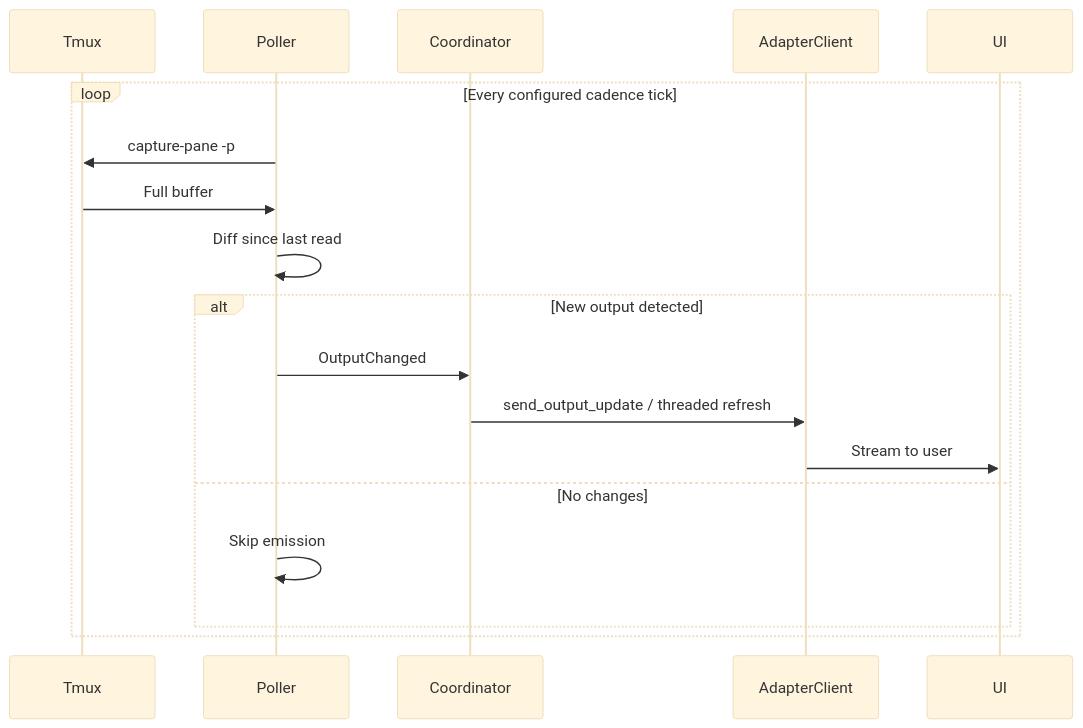
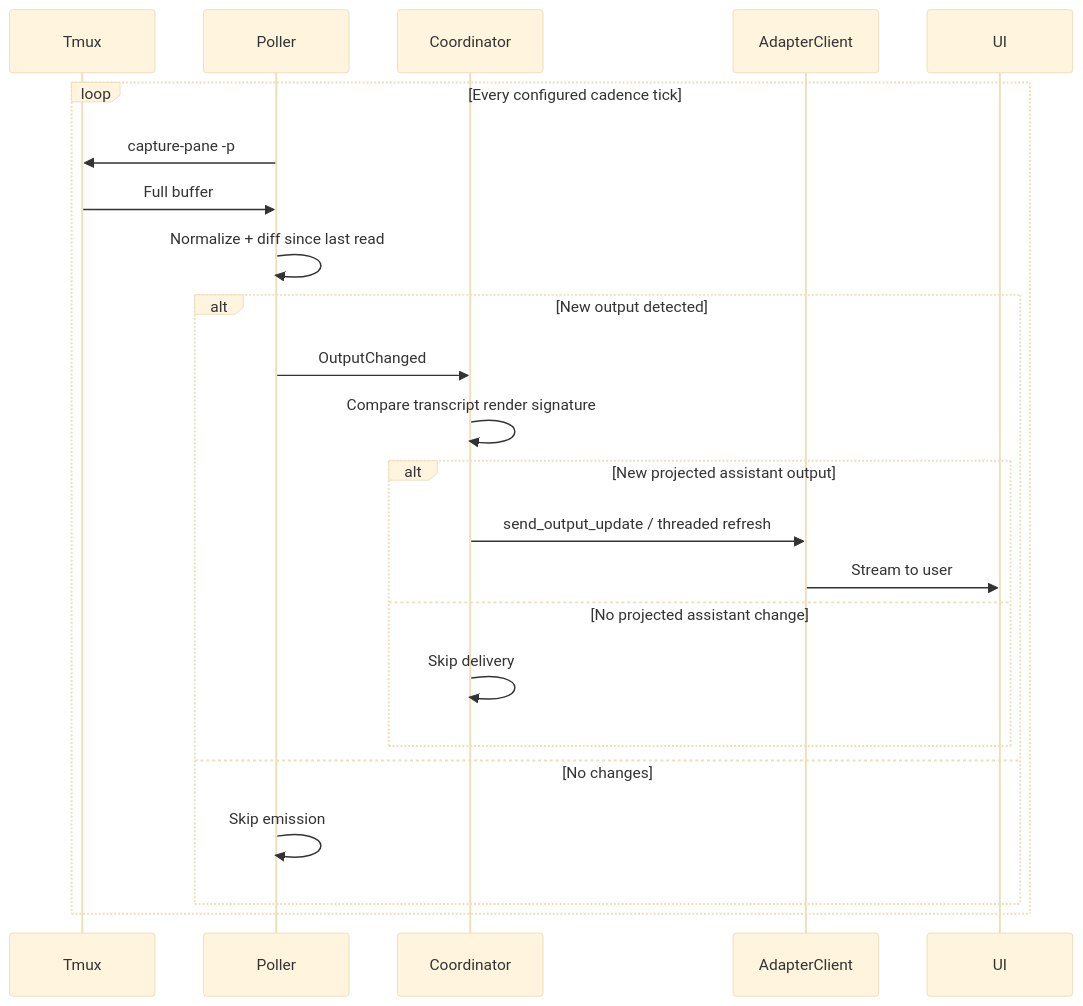
The first of 3 diagrams in docs/project/design/architecture/output-polling.md (InstruktAI/TeleClaude), drawn with Mermaid (base theme) before and after one commit. The commit also changed other lines of this file and 25 other files, not shown here.

Commit message:
fix(output): make projection own transcript delivery state

````diff
--- a/docs/project/design/architecture/output-polling.md
+++ b/docs/project/design/architecture/output-polling.md
@@ -24,21 +26,26 @@
 ```mermaid
 sequenceDiagram
     participant Tmux
     participant Poller
     participant Coordinator
     participant AdapterClient
     participant UI
 
     loop Every configured cadence tick
         Poller->>Tmux: capture-pane -p
         Tmux->>Poller: Full buffer
-        Poller->>Poller: Diff since last read
+        Poller->>Poller: Normalize + diff since last read
         alt New output detected
             Poller->>Coordinator: OutputChanged
-            Coordinator->>AdapterClient: send_output_update / threaded refresh
-            AdapterClient->>UI: Stream to user
+            Coordinator->>Coordinator: Compare transcript render signature
+            alt New projected assistant output
+                Coordinator->>AdapterClient: send_output_update / threaded refresh
+                AdapterClient->>UI: Stream to user
+            else No projected assistant change
+                Coordinator->>Coordinator: Skip delivery
+            end
         else No changes
             Poller->>Poller: Skip emission
         end
     end
 ```
````
